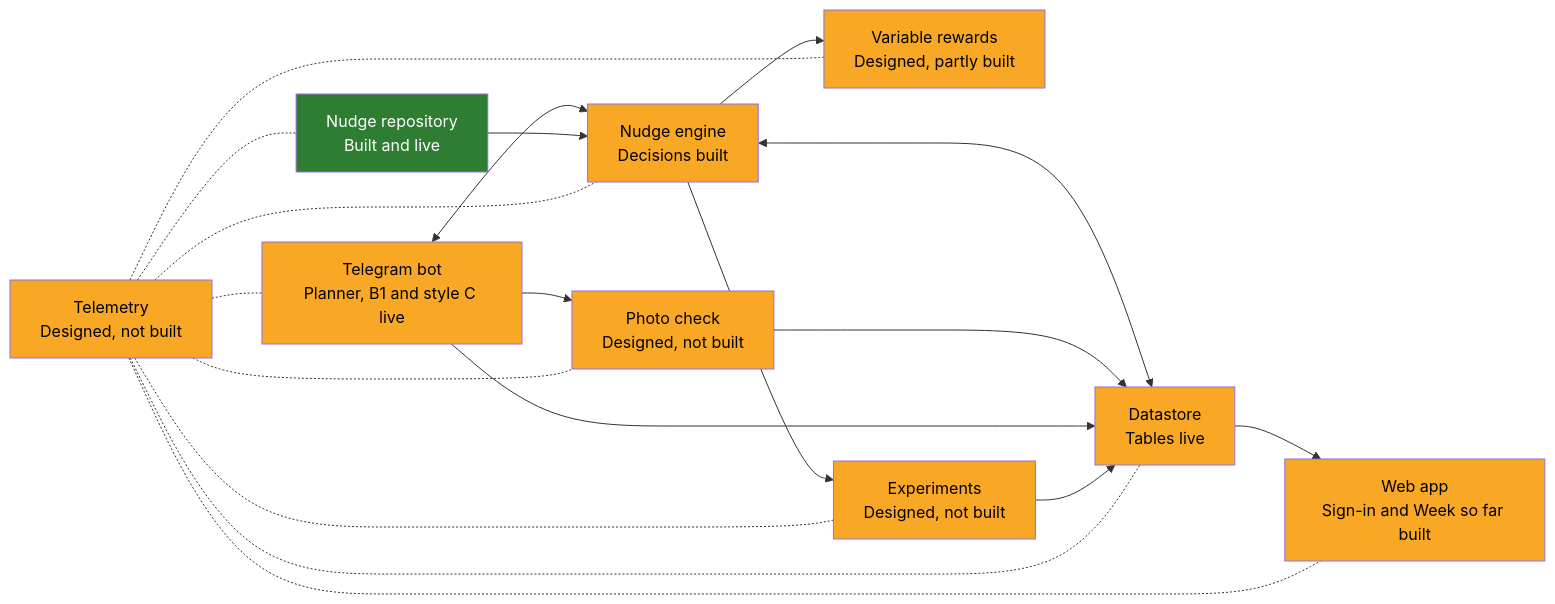
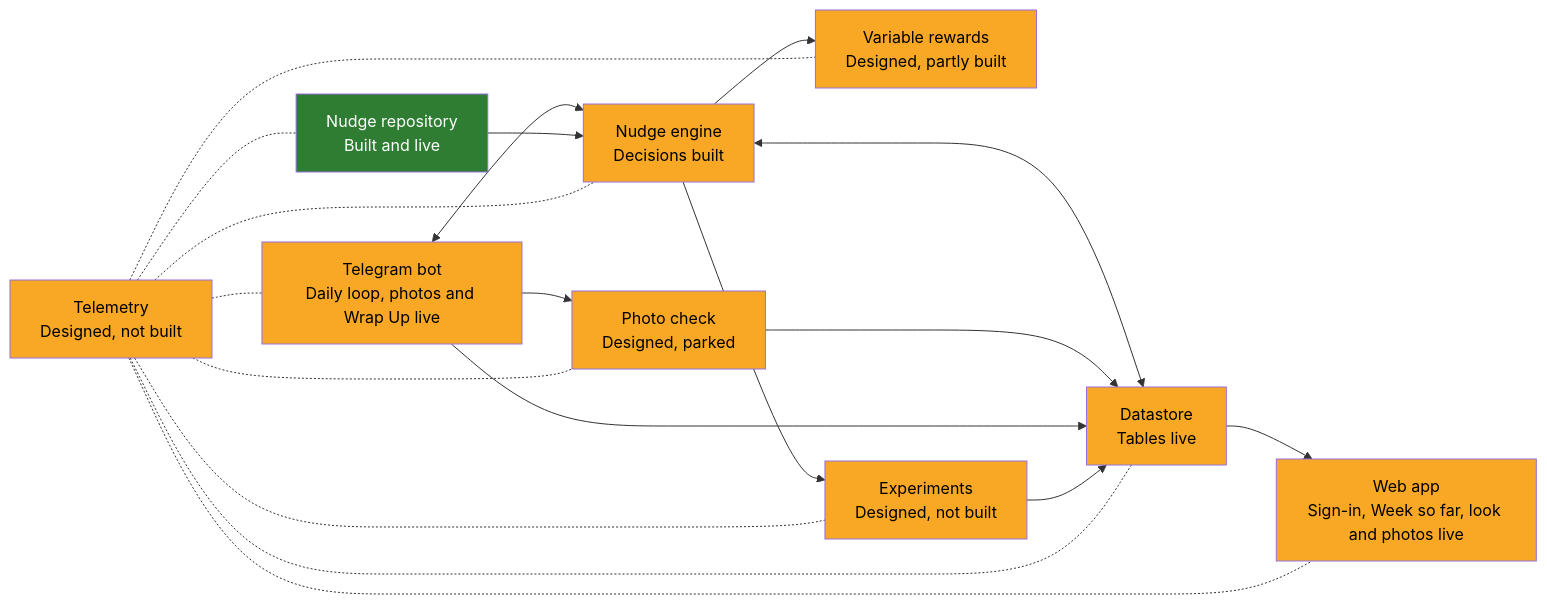
The diagram in docs/ARCHITECTURE.md (WeiLieh/FamilyHabitBuilder), drawn with Mermaid before and after one commit. The commit also changed other lines of this file and 11 other files, not shown here.

````diff
--- a/docs/ARCHITECTURE.md
+++ b/docs/ARCHITECTURE.md
@@ -5,35 +5,35 @@
 ```mermaid
 flowchart LR
-    telegram["Telegram bot<br/>Planner, B1 and style C live"]:::part
+    telegram["Telegram bot<br/>Daily loop, photos and Wrap Up live"]:::part
     engine["Nudge engine<br/>Decisions built"]:::part
     repository["Nudge repository<br/>Built and live"]:::done
-    photo["Photo check<br/>Designed, not built"]:::part
+    photo["Photo check<br/>Designed, parked"]:::part
     rewards["Variable rewards<br/>Designed, partly built"]:::part
     datastore["Datastore<br/>Tables live"]:::part
-    webapp["Web app<br/>Sign-in and Week so far built"]:::part
+    webapp["Web app<br/>Sign-in, Week so far, look and photos live"]:::part
     telemetry["Telemetry<br/>Designed, not built"]:::part
     experiments["Experiments<br/>Designed, not built"]:::part
 
     telegram <--> engine
     repository --> engine
     engine --> rewards
     engine <--> datastore
     telegram --> photo
     photo --> datastore
     telegram --> datastore
     datastore --> webapp
     engine --> experiments
     experiments --> datastore
     telemetry -.- telegram
     telemetry -.- engine
     telemetry -.- repository
     telemetry -.- photo
     telemetry -.- rewards
     telemetry -.- datastore
     telemetry -.- webapp
     telemetry -.- experiments
 
     classDef done fill:#2e7d32,color:#ffffff
     classDef part fill:#f9a825,color:#000000
     classDef todo fill:#9e9e9e,color:#000000
 ```
````
